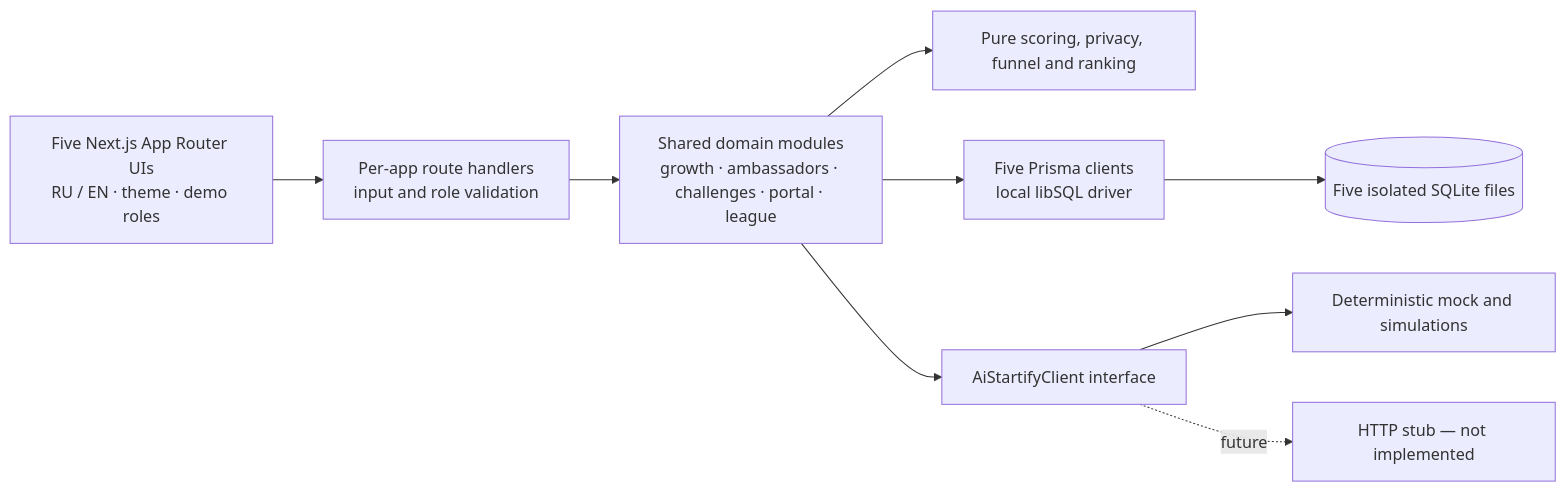
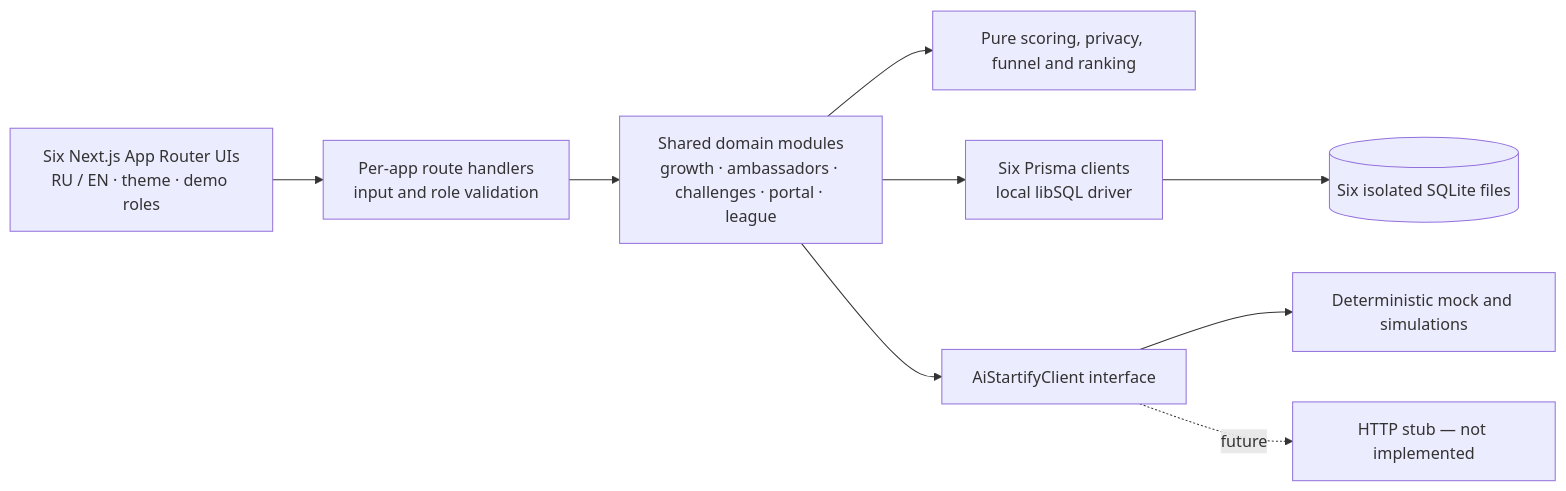
Before and after one commit to roadtoabroad346-commits/Palantir-Symbat-Hackathon: the diagram in README.md, drawn with Mermaid. The commit also changed other lines of this file and 18 other files, not shown here.

````diff
--- a/README.md
+++ b/README.md
@@ -63,11 +69,11 @@
 ```mermaid
 flowchart LR
-  UI[Five Next.js App Router UIs<br/>RU / EN · theme · demo roles] --> API[Per-app route handlers<br/>input and role validation]
+  UI[Six Next.js App Router UIs<br/>RU / EN · theme · demo roles] --> API[Per-app route handlers<br/>input and role validation]
   API --> Services[Shared domain modules<br/>growth · ambassadors · challenges · portal · league]
   Services --> Rules[Pure scoring, privacy, funnel and ranking]
-  Services --> Prisma[Five Prisma clients<br/>local libSQL driver]
-  Prisma --> DB[(Five isolated SQLite files)]
+  Services --> Prisma[Six Prisma clients<br/>local libSQL driver]
+  Prisma --> DB[(Six isolated SQLite files)]
   Services --> Contract[AiStartifyClient interface]
   Contract --> Mock[Deterministic mock and simulations]
   Contract -. future .-> HTTP[HTTP stub — not implemented]
 ```
````
